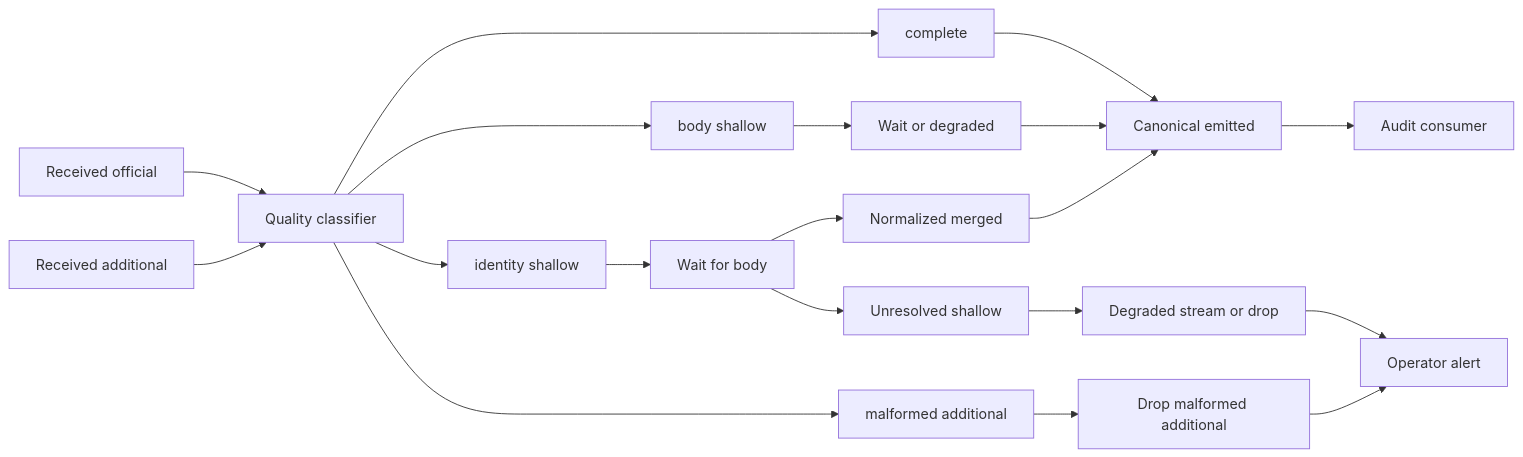
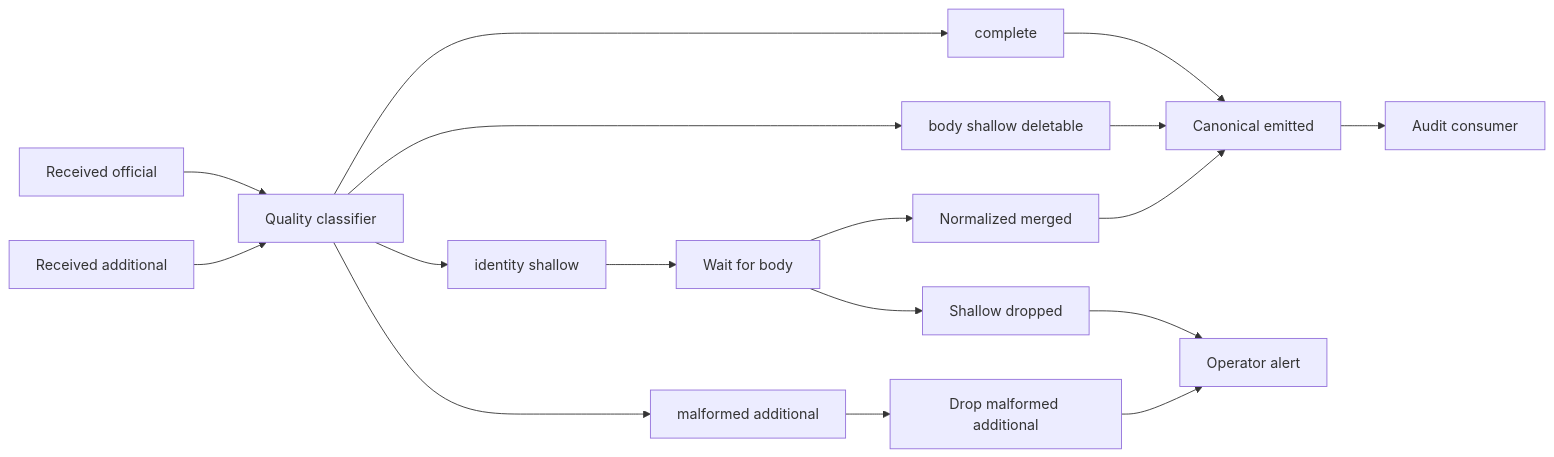
The third of 3 diagrams in docs/future/design-audit-ingestion-quality-and-simplification.md (ConfigButler/gitops-reverser), drawn with Mermaid before and after one commit. The commit also changed other lines of this file, not shown here.

````diff
--- a/docs/future/design-audit-ingestion-quality-and-simplification.md
+++ b/docs/future/design-audit-ingestion-quality-and-simplification.md
@@ -335,26 +270,24 @@
 ```mermaid
 flowchart LR
     A[Received official] --> E[Quality classifier]
     B[Received additional] --> E
 
     E --> C1[complete]
-    E --> C2[body shallow]
+    E --> C2[body shallow deletable]
     E --> C3[identity shallow]
     E --> C4[malformed additional]
 
     C1 --> D[Canonical emitted]
-    C2 --> F[Wait or degraded]
+    C2 --> D
     C3 --> G[Wait for body]
     C4 --> H[Drop malformed additional]
 
     G --> I[Normalized merged]
-    G --> J[Unresolved shallow]
+    G --> J[Shallow dropped]
 
     I --> D
-    F --> D
-    J --> K[Degraded stream or drop]
 
     D --> L[Audit consumer]
-    K --> M[Operator alert]
+    J --> M[Operator alert]
     H --> M
 ```
````
